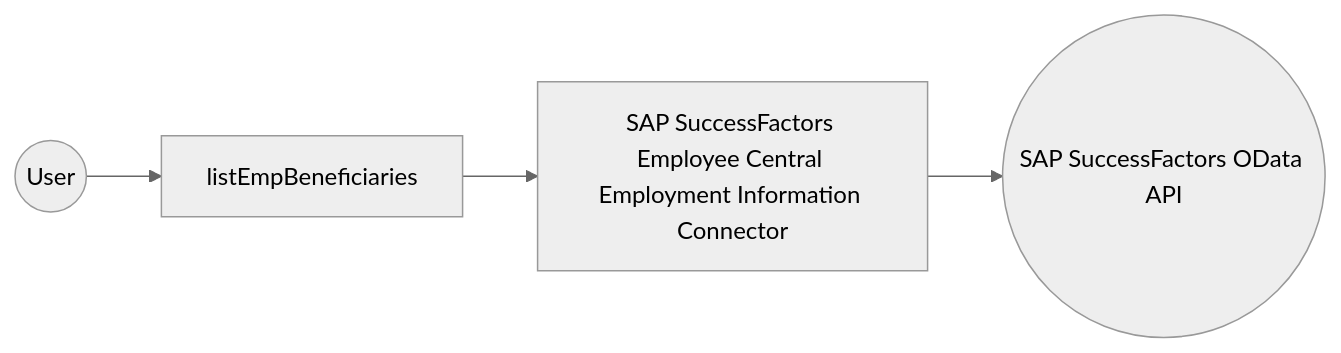
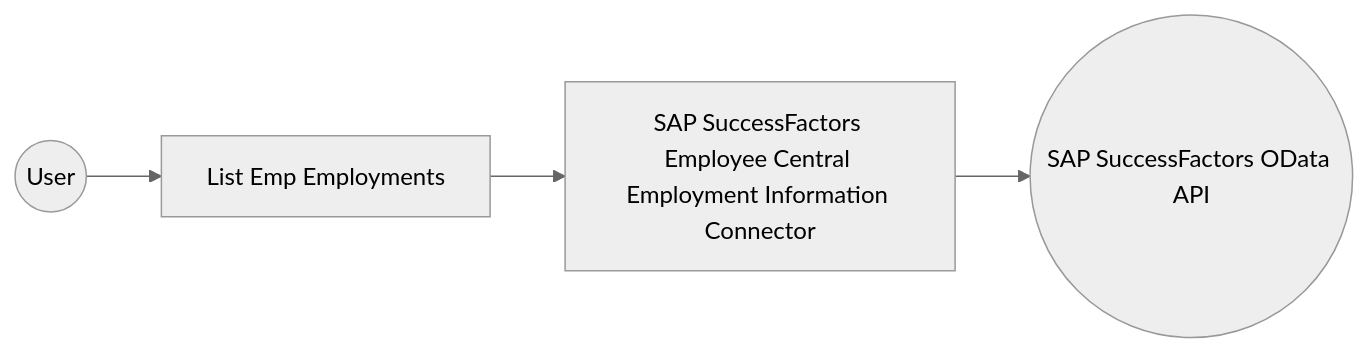
One commit to wso2/docs-integrator changed the diagram in en/docs/connectors/catalog/hrms/sap.successfactors.ecemploymentinformation/example.md. Above: the diagram before and after it, drawn with Mermaid (neutral theme). The commit also changed other lines of this file and 6 other files, not shown here.

````diff
--- a/en/docs/connectors/catalog/hrms/sap.successfactors.ecemploymentinformation/example.md
+++ b/en/docs/connectors/catalog/hrms/sap.successfactors.ecemploymentinformation/example.md
@@ -12,6 +12,6 @@
 ```mermaid
 flowchart LR
-    A((User)) --> B[listEmpBeneficiaries]
+    A((User)) --> B[List Emp Employments]
     B --> C[SAP SuccessFactors Employee Central Employment Information Connector]
     C --> D((SAP SuccessFactors OData API))
 ```
````
